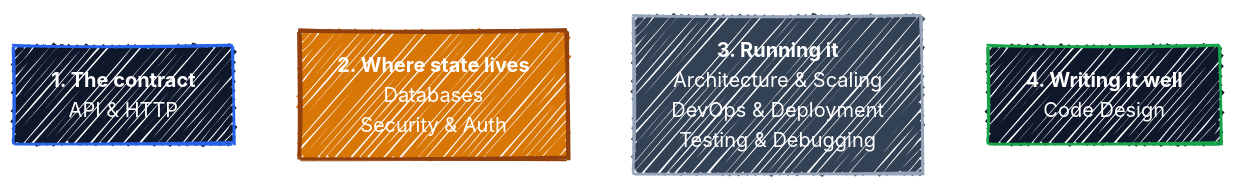
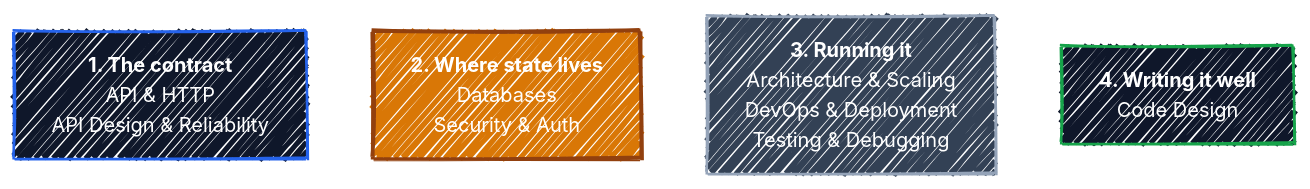
The second of 2 diagrams in README.md (r97221004/BK-interview), drawn with Mermaid before and after one commit. The commit also changed 2 other files, not shown here.

Commit message:
Fail the build when a part is missing from the learning-order map
API Design & Reliability was never in that map, so a beginner following
it was never pointed at Q61 to Q63. It belongs in stage one, because
status codes, pagination and idempotency are all contract-level.

The map is the one place a new part can be missed. Everything else about
a part is generated from PARTS and Q - the topic grid, the README tables,
every navigation footer - but which of the four stages a part belongs to
is an editorial call that cannot be derived, so it stays prose. An
assertion turns forgetting it into a build failure, the same guard
IMPORTANCE already provides for a question added without a rating.

tools/README.md gains an "Adding a part" section for the other manual
step, which is taking a fresh number block.

````diff
--- a/README.md
+++ b/README.md
@@ -67,28 +67,28 @@
 ```mermaid
 ---
 config:
   look: handDrawn
   theme: default
   themeVariables:
     fontFamily: '"Comic Sans MS", "Comic Sans", "Segoe Print", "Bradley Hand", cursive'
     lineColor: '#FFFFFF'
     edgeLabelBackground: '#475569'
   themeCSS: |
     .edgeLabel, .edgeLabel p, .edgeLabel span { color: #FFFFFF !important; }
 ---
 flowchart LR
-    protocol["<b>1. The contract</b><br/>API &amp; HTTP"]
+    protocol["<b>1. The contract</b><br/>API &amp; HTTP<br/>API Design &amp; Reliability"]
     state["<b>2. Where state lives</b><br/>Databases<br/>Security &amp; Auth"]
     operate["<b>3. Running it</b><br/>Architecture &amp; Scaling<br/>DevOps &amp; Deployment<br/>Testing &amp; Debugging"]
     write["<b>4. Writing it well</b><br/>Code Design"]
     protocol --> state --> operate --> write
 
     classDef edgeStyle fill:#0F172A,stroke:#2563EB,stroke-width:2px,color:#FFFFFF
     classDef svcStyle fill:#D97706,stroke:#92400E,stroke-width:3px,color:#FFFFFF
     classDef workerStyle fill:#334155,stroke:#94A3B8,stroke-width:2px,color:#FFFFFF
     classDef writeStyle fill:#0F172A,stroke:#16A34A,stroke-width:2px,color:#FFFFFF
     class protocol edgeStyle
     class state svcStyle
     class operate workerStyle
     class write writeStyle
 ```
````
